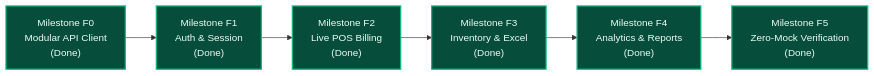
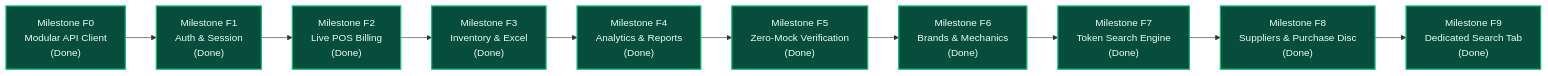
One commit to biswajit-rout/PartShop changed the diagram in docs/frontend-development-milestones.md. Above: the diagram before and after it, drawn with Mermaid. The commit also changed other lines of this file and 33 other files, not shown here.

````diff
--- a/docs/frontend-development-milestones.md
+++ b/docs/frontend-development-milestones.md
@@ -18,14 +18,18 @@
 ```mermaid
 flowchart LR
     F0["Milestone F0<br/>Modular API Client<br/>(Done)"] --> F1["Milestone F1<br/>Auth & Session<br/>(Done)"]
     F1 --> F2["Milestone F2<br/>Live POS Billing<br/>(Done)"]
     F2 --> F3["Milestone F3<br/>Inventory & Excel<br/>(Done)"]
     F3 --> F4["Milestone F4<br/>Analytics & Reports<br/>(Done)"]
     F4 --> F5["Milestone F5<br/>Zero-Mock Verification<br/>(Done)"]
+    F5 --> F6["Milestone F6<br/>Brands & Mechanics<br/>(Done)"]
+    F6 --> F7["Milestone F7<br/>Token Search Engine<br/>(Done)"]
+    F7 --> F8["Milestone F8<br/>Suppliers & Purchase Disc<br/>(Done)"]
+    F8 --> F9["Milestone F9<br/>Dedicated Search Tab<br/>(Done)"]
 
     classDef done fill:#064e3b,stroke:#10b981,stroke-width:2px,color:#ecfdf5;
     classDef current fill:#1e1b4b,stroke:#a855f7,stroke-width:2px,color:#cbd5e1;
     classDef pending fill:#0f172a,stroke:#64748b,stroke-width:1px,color:#94a3b8;
 
-    class F0,F1,F2,F3,F4,F5 done;
+    class F0,F1,F2,F3,F4,F5,F6,F7,F8,F9 done;
 ```
````
